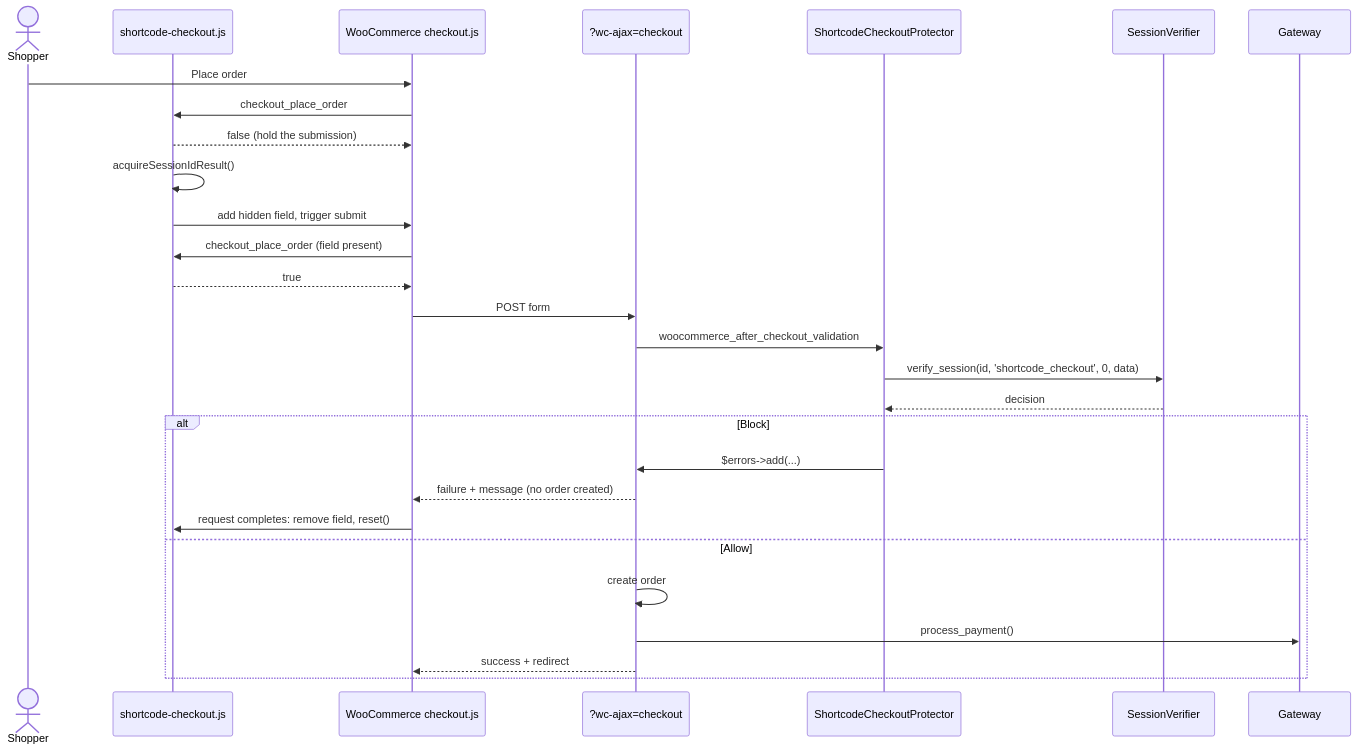
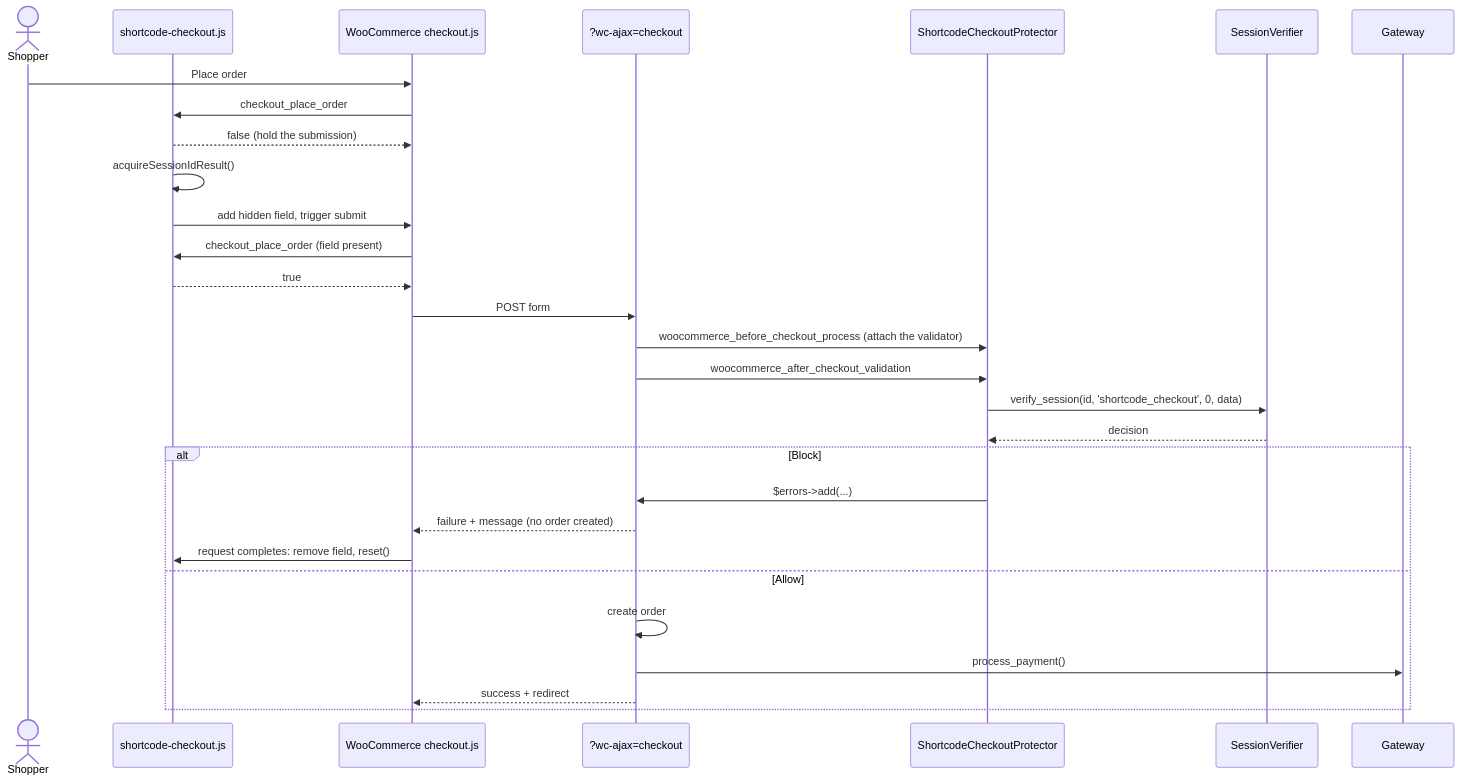
The seventh of 7 diagrams in docs/tutorial/03-fraud-protection.md (woocommerce/woocommerce-fraud-protection), drawn with Mermaid before and after one commit. The commit also changed other lines of this file and 9 other files, not shown here.

````diff
--- a/docs/tutorial/03-fraud-protection.md
+++ b/docs/tutorial/03-fraud-protection.md
@@ -369,31 +374,32 @@
 ```mermaid
 sequenceDiagram
     actor Shopper
     participant JS as shortcode-checkout.js
     participant WCJS as WooCommerce checkout.js
     participant Ajax as ?wc-ajax=checkout
     participant SCP as ShortcodeCheckoutProtector
     participant SV as SessionVerifier
     participant GW as Gateway
 
     Shopper->>WCJS: Place order
     WCJS->>JS: checkout_place_order
     JS-->>WCJS: false (hold the submission)
     JS->>JS: acquireSessionIdResult()
     JS->>WCJS: add hidden field, trigger submit
     WCJS->>JS: checkout_place_order (field present)
     JS-->>WCJS: true
     WCJS->>Ajax: POST form
+    Ajax->>SCP: woocommerce_before_checkout_process (attach the validator)
     Ajax->>SCP: woocommerce_after_checkout_validation
     SCP->>SV: verify_session(id, 'shortcode_checkout', 0, data)
     SV-->>SCP: decision
     alt Block
         SCP->>Ajax: $errors->add(...)
         Ajax-->>WCJS: failure + message (no order created)
         WCJS->>JS: request completes: remove field, reset()
     else Allow
         Ajax->>Ajax: create order
         Ajax->>GW: process_payment()
         Ajax-->>WCJS: success + redirect
     end
 ```
````
